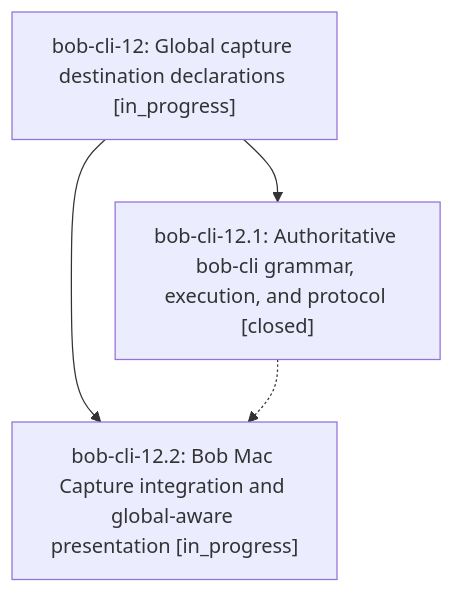
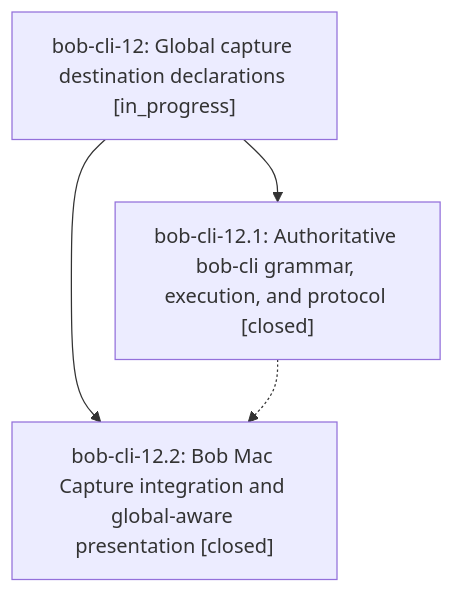
The diagram in pages/bob-cli-12/README.md (bobs-org/bob-cli--beads), drawn with Mermaid before and after one commit. The commit also changed other lines of this file and 2 other files, not shown here.

First line of the commit message:
chore(beads): sync bead state and pages for bob-cli-12

````diff
--- a/pages/bob-cli-12/README.md
+++ b/pages/bob-cli-12/README.md
@@ -23,9 +23,9 @@
 ```mermaid
 flowchart TD
     n0["bob-cli-12: Global capture destination declarations [in_progress]"]
     n1["bob-cli-12.1: Authoritative bob-cli grammar, execution, and protocol [closed]"]
-    n2["bob-cli-12.2: Bob Mac Capture integration and global-aware presentation [in_progress]"]
+    n2["bob-cli-12.2: Bob Mac Capture integration and global-aware presentation [closed]"]
     n0 --> n1
     n0 --> n2
     n1 -.-> n2
 ```
````
